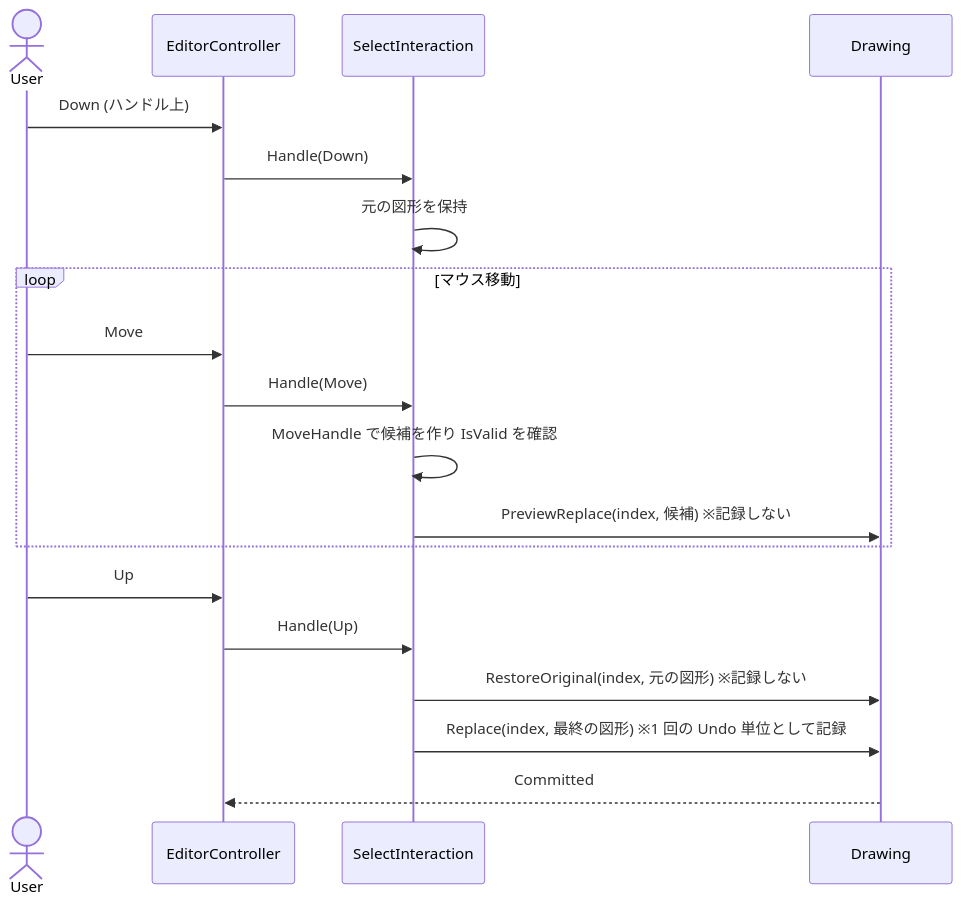
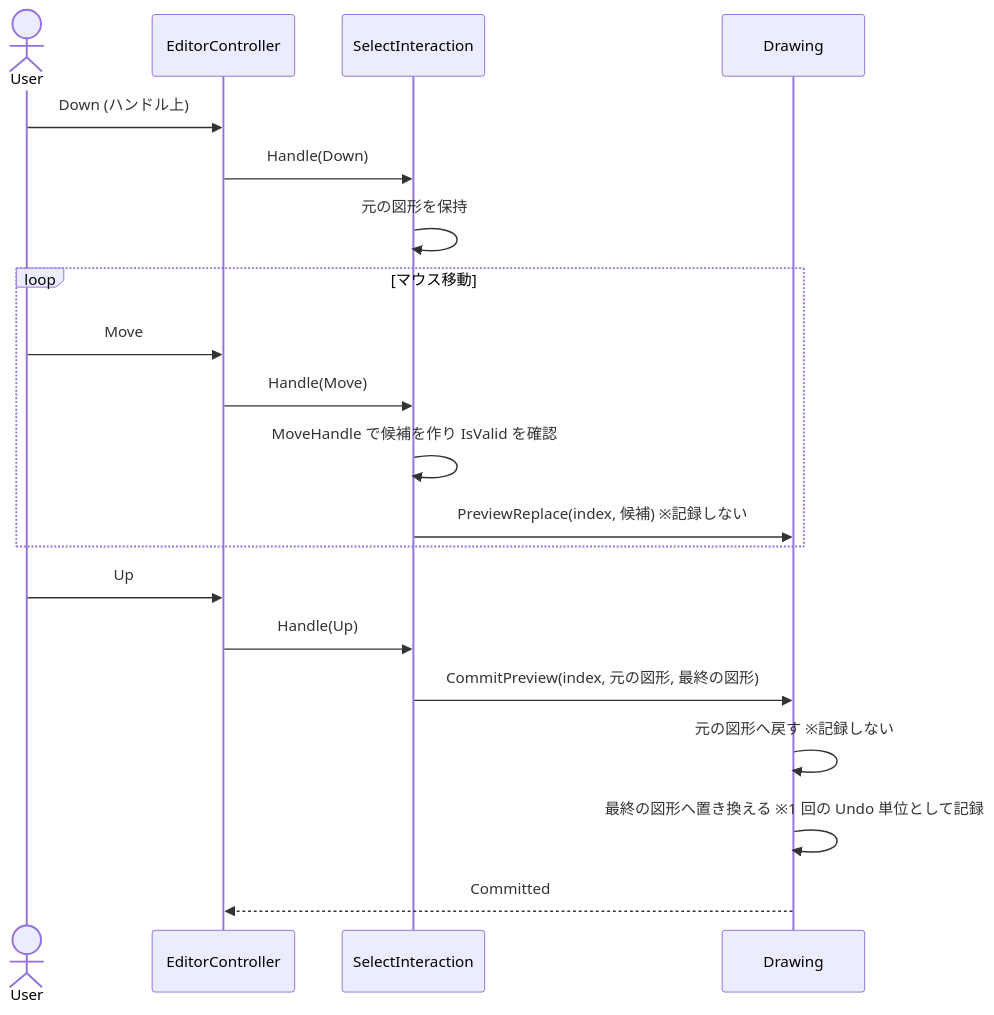
Before and after one commit to Fujiwo/Shos.WpfCadSample: the eighth of 11 diagrams in Documents/20261105-cad-architecture.md, drawn with Mermaid. The commit also changed other lines of this file and 17 other files, not shown here.

First line of the commit message:
レビューの指摘 3、6、8 を修正：選択中の図形を EditorController.SelectedShape に、プレビューの確定を Drawing.CommitPreview にまとめ、設計書 5.4 を実装に合わせる

````diff
--- a/Documents/20261105-cad-architecture.md
+++ b/Documents/20261105-cad-architecture.md
@@ -547,21 +553,22 @@
 ```mermaid
 sequenceDiagram
     actor User
     participant EC as EditorController
     participant SI as SelectInteraction
     participant D as Drawing
     User->>EC: Down (ハンドル上)
     EC->>SI: Handle(Down)
     SI->>SI: 元の図形を保持
     loop マウス移動
         User->>EC: Move
         EC->>SI: Handle(Move)
         SI->>SI: MoveHandle で候補を作り IsValid を確認
         SI->>D: PreviewReplace(index, 候補) ※記録しない
     end
     User->>EC: Up
     EC->>SI: Handle(Up)
-    SI->>D: RestoreOriginal(index, 元の図形) ※記録しない
-    SI->>D: Replace(index, 最終の図形) ※1 回の Undo 単位として記録
+    SI->>D: CommitPreview(index, 元の図形, 最終の図形)
+    D->>D: 元の図形へ戻す ※記録しない
+    D->>D: 最終の図形へ置き換える ※1 回の Undo 単位として記録
     D-->>EC: Committed
 ```
````
